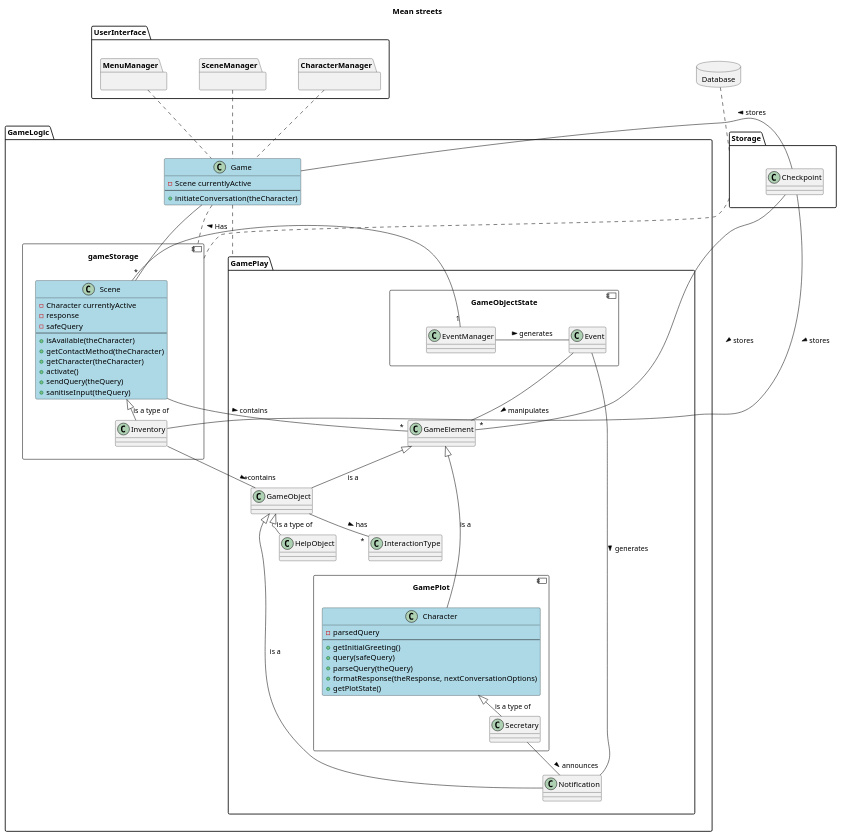
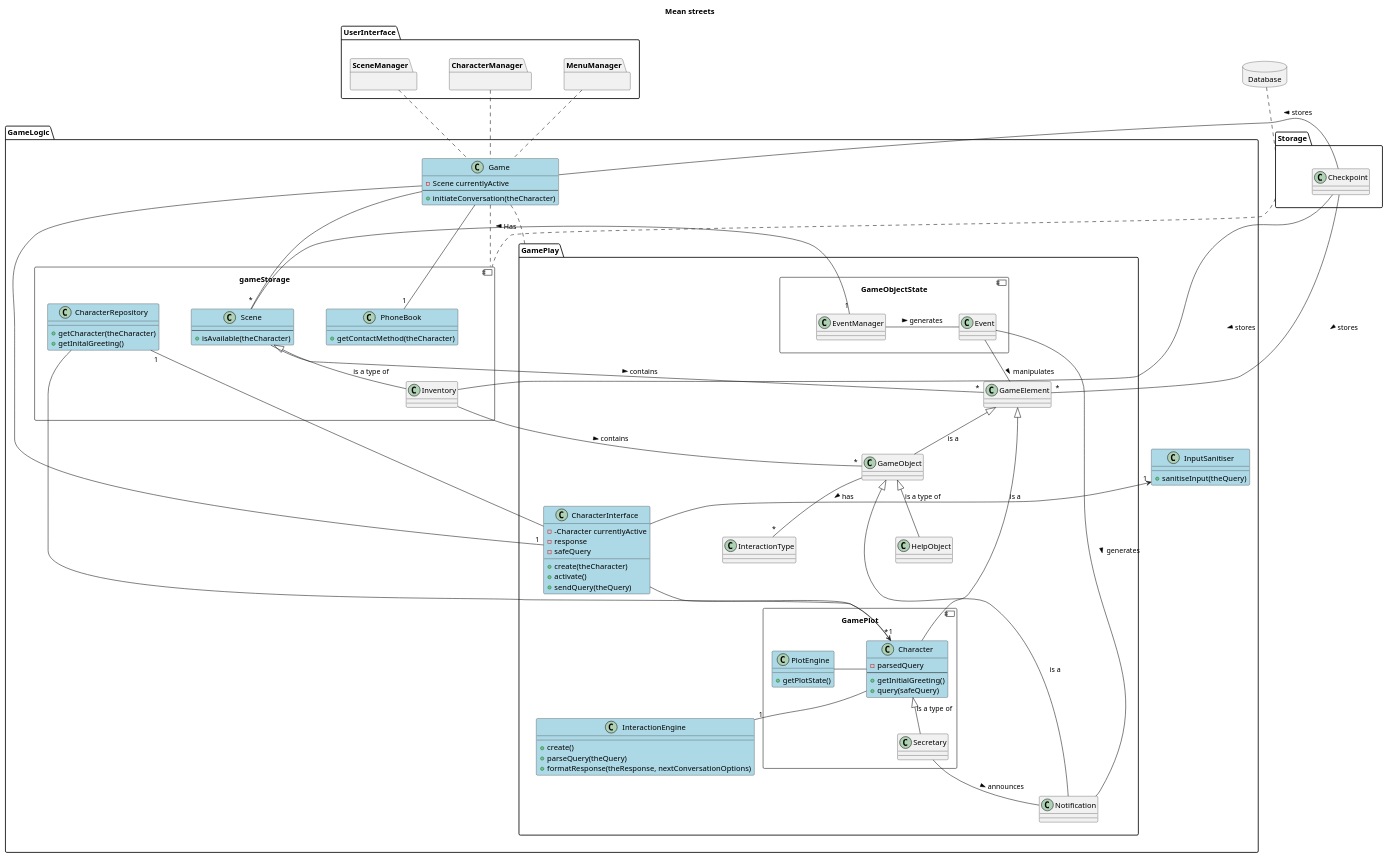
Before and after one commit to NoahHakansson/SE-PA1460: the diagram in packageDiagram.pu, drawn with PlantUML. The commit also changed 1 other file, not shown here.

Commit message:
Changed packageDiagram

```diff
--- a/packageDiagram.pu
+++ b/packageDiagram.pu
@@ -1,104 +1,128 @@
 @startuml
 
 skinparam nodesep 60
 skinparam ranksep 20
 
 title Mean streets
 top to bottom direction
 
 database Database {
 }
 package UserInterface {
     package MenuManager {}
     package SceneManager {}
     package CharacterManager {}
 }
 
 package GameLogic {
     class Game #LightBlue {
         -Scene currentlyActive
         --
         +initiateConversation(theCharacter)
     }
+    class InputSanitiser #LightBlue{
+        +sanitiseInput(theQuery)
+    }
     component gameStorage {
         class Inventory
         class Scene #LightBlue {
-            -Character currentlyActive
-            -response
-            -safeQuery
             --
             +isAvailable(theCharacter)
-            +getContactMethod(theCharacter)
-            +getCharacter(theCharacter)
-            +activate()
-            +sendQuery(theQuery)
-            +sanitiseInput(theQuery)
+        }
+        class PhoneBook #LightBlue{
+           + getContactMethod(theCharacter)
+        }
+        class CharacterRepository #LightBlue{
+            + getCharacter(theCharacter)
+            + getInitalGreeting()
         }
     }
 
 
     package GamePlay {
         class InteractionType
         class GameElement
         class GameObject
         class HelpObject
         class Notification
         component GameObjectState {
             class Event
             class EventManager
         }
+        class CharacterInterface #LightBlue{
+            - -Character currentlyActive
+            - response
+            - safeQuery
+            + create(theCharacter)
+            + activate()
+            + sendQuery(theQuery)
+        }
         component GamePlot {
             class Secretary
             class Character #LightBlue{
                 -parsedQuery
                 --
                 +getInitialGreeting()
                 +query(safeQuery)
-                +parseQuery(theQuery)
-                +formatResponse(theResponse, nextConversationOptions)
+            }
+            class PlotEngine #LightBlue{
                 +getPlotState()
             }
+        }
+        class InteractionEngine #LightBlue{
+            + create()
+            +parseQuery(theQuery)
+            +formatResponse(theResponse, nextConversationOptions)
         }
     }
 }
 
 package Storage {
     class Checkpoint
 }
 
 Database .. Storage
 MenuManager .. Game
 SceneManager .. Game
 CharacterManager .. Game
 Storage . gameStorage
 
+CharacterRepository --> "*" Character
+
 
 InteractionType -[hidden]up- GameObjectState
 Character -[hidden]up- GameObjectState
 Secretary -[hidden]up- GameObjectState
 Notification -[hidden]up- GameObjectState
 InteractionType -[hidden]down- Character
 
 
 Game . gameStorage
 Game .. GamePlay
+Game -- "1" PhoneBook
+Game -- "1" CharacterInterface
+Character -- "1" InteractionEngine
+PlotEngine - Character
+CharacterInterface -- "1" Character
+CharacterInterface -- "1" CharacterRepository
+InputSanitiser "1" <-- CharacterInterface
 
 Game -- "*" Scene
 Checkpoint -- "*" GameElement : stores >
 Checkpoint -- Inventory : stores >
 Checkpoint - Game : stores >
 Character <|-- Secretary : is a type of
 GameElement <|-- GameObject : is a
 GameElement <|-- Character : is a
 Scene - "*" GameElement : contains >
 Scene <|-- Inventory : is a type of
 Inventory -- "*" GameObject : contains >
 EventManager "1" - Scene : Has >
 EventManager - Event : generates >
 Event -- Notification : generates >
 Event -- GameElement : manipulates >
 Secretary -- Notification : announces >
 GameObject <|-- HelpObject : is a type of
 GameObject <|-- Notification : is a
 GameObject -- "*" InteractionType : has >
 @enduml
```
